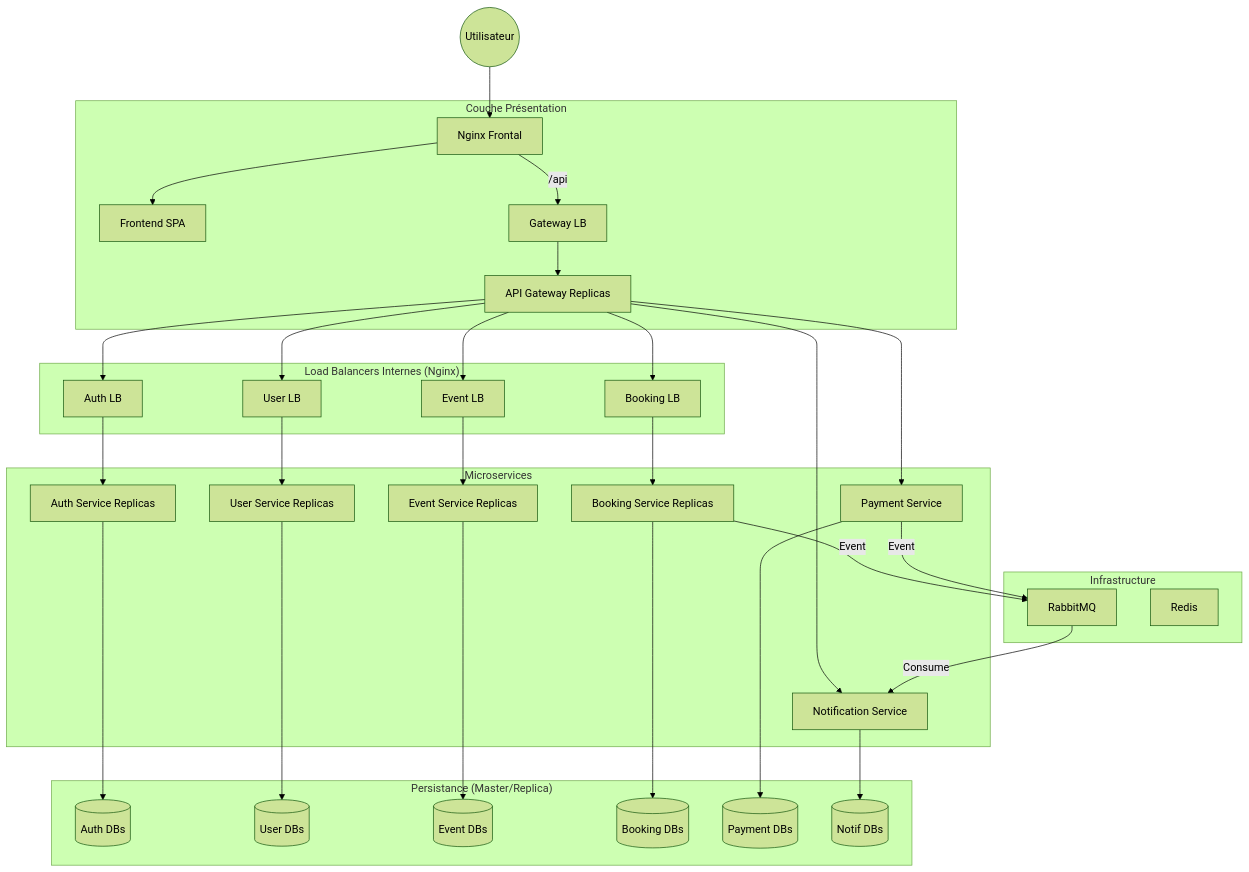
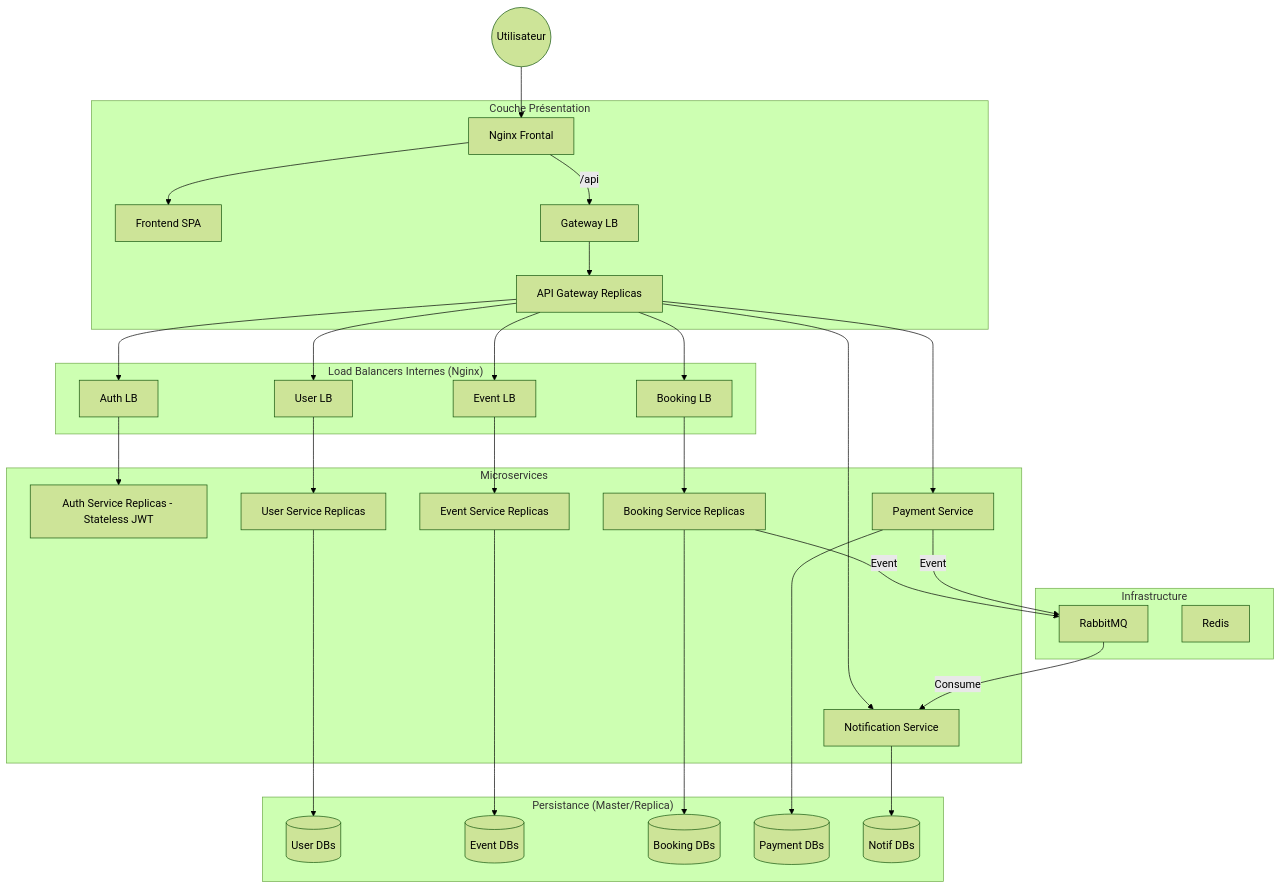
One commit to ECG-Rudy-Glt/4WEBD-TICKET changed the diagram in 4WEBD-TICKET-main/README.md. Above: the diagram before and after it, drawn with Mermaid (forest theme). The commit also changed other lines of this file and 2 other files, not shown here.

````diff
--- a/4WEBD-TICKET-main/README.md
+++ b/4WEBD-TICKET-main/README.md
@@ -21,45 +21,44 @@
 ```mermaid
 graph TD
     User((Utilisateur)) --> N[Nginx Frontal]
     
     subgraph "Couche Présentation"
         N --> FE[Frontend SPA]
         N -- "/api" --> GWLB[Gateway LB]
         GWLB --> GW[API Gateway Replicas]
     end
 
     subgraph "Load Balancers Internes (Nginx)"
         GW --> ALB[Auth LB]
         GW --> ULB[User LB]
         GW --> ELB[Event LB]
         GW --> BLB[Booking LB]
     end
 
     subgraph "Microservices"
-        ALB --> AS[Auth Service Replicas]
+        ALB --> AS[Auth Service Replicas - Stateless JWT]
         ULB --> US[User Service Replicas]
         ELB --> ES[Event Service Replicas]
         BLB --> BS[Booking Service Replicas]
         GW --> PS[Payment Service]
         GW --> NS[Notification Service]
     end
 
     subgraph "Persistance (Master/Replica)"
-        AS --> ADB[(Auth DBs)]
         US --> UDB[(User DBs)]
         ES --> EDB[(Event DBs)]
         BS --> BDB[(Booking DBs)]
         PS --> PDB[(Payment DBs)]
         NS --> NDB[(Notif DBs)]
     end
 
     subgraph "Infrastructure"
         RMQ[RabbitMQ]
         RED[Redis]
     end
 
     %% Communication Asynchrone
     BS -- "Event" --> RMQ
     PS -- "Event" --> RMQ
     RMQ -- "Consume" --> NS
 ```
````
